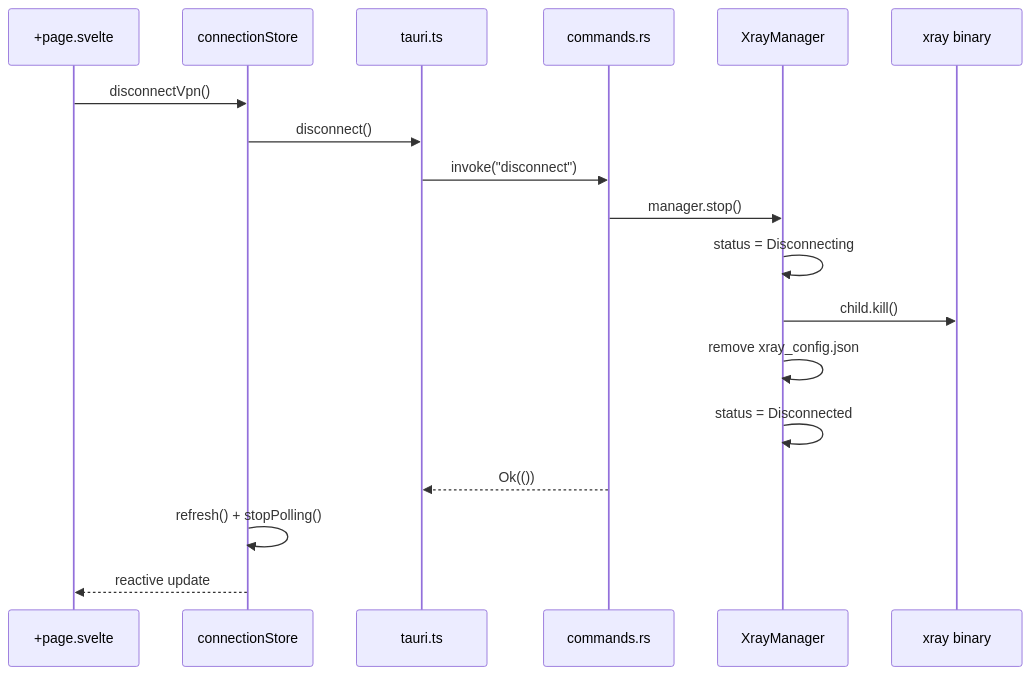
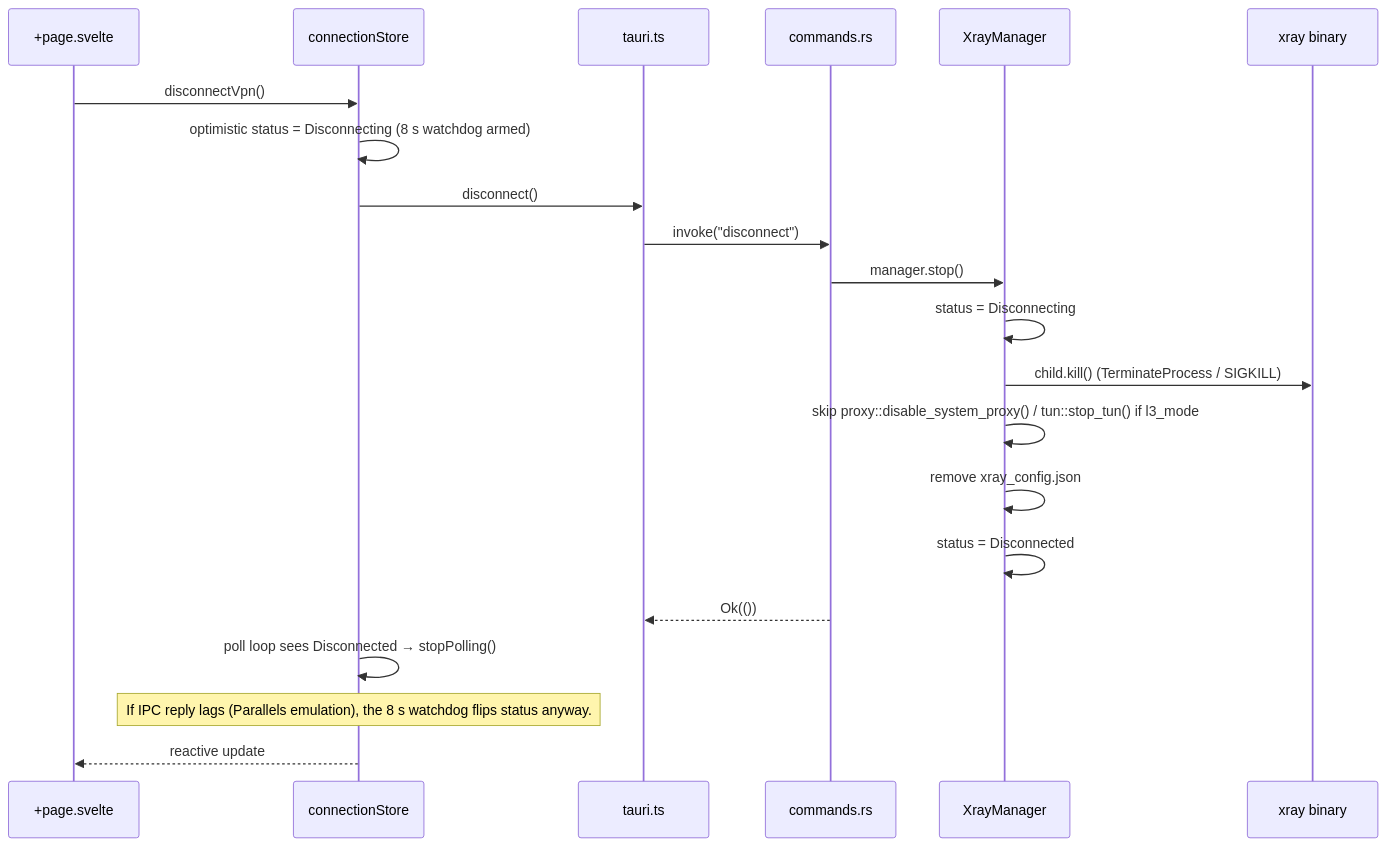
Before and after one commit to sevaktigranyan305-netizen/v2rayV: the third of 3 diagrams in docs/ARCHITECTURE.md, drawn with Mermaid. The commit also changed other lines of this file and 4 other files, not shown here.

````diff
--- a/docs/ARCHITECTURE.md
+++ b/docs/ARCHITECTURE.md
@@ -158,21 +173,24 @@
 ```mermaid
 sequenceDiagram
     participant UI as +page.svelte
     participant CS as connectionStore
     participant API as tauri.ts
     participant Rust as commands.rs
     participant XM as XrayManager
     participant XRAY as xray binary
 
     UI->>CS: disconnectVpn()
+    CS->>CS: optimistic status = Disconnecting (8 s watchdog armed)
     CS->>API: disconnect()
     API->>Rust: invoke("disconnect")
     Rust->>XM: manager.stop()
     XM->>XM: status = Disconnecting
-    XM->>XRAY: child.kill()
+    XM->>XRAY: child.kill() (TerminateProcess / SIGKILL)
+    XM->>XM: skip proxy::disable_system_proxy() / tun::stop_tun() if l3_mode
     XM->>XM: remove xray_config.json
     XM->>XM: status = Disconnected
     Rust-->>API: Ok(())
-    CS->>CS: refresh() + stopPolling()
+    CS->>CS: poll loop sees Disconnected → stopPolling()
+    Note over CS: If IPC reply lags (Parallels emulation), the 8 s watchdog flips status anyway.
     CS-->>UI: reactive update
 ```
````
